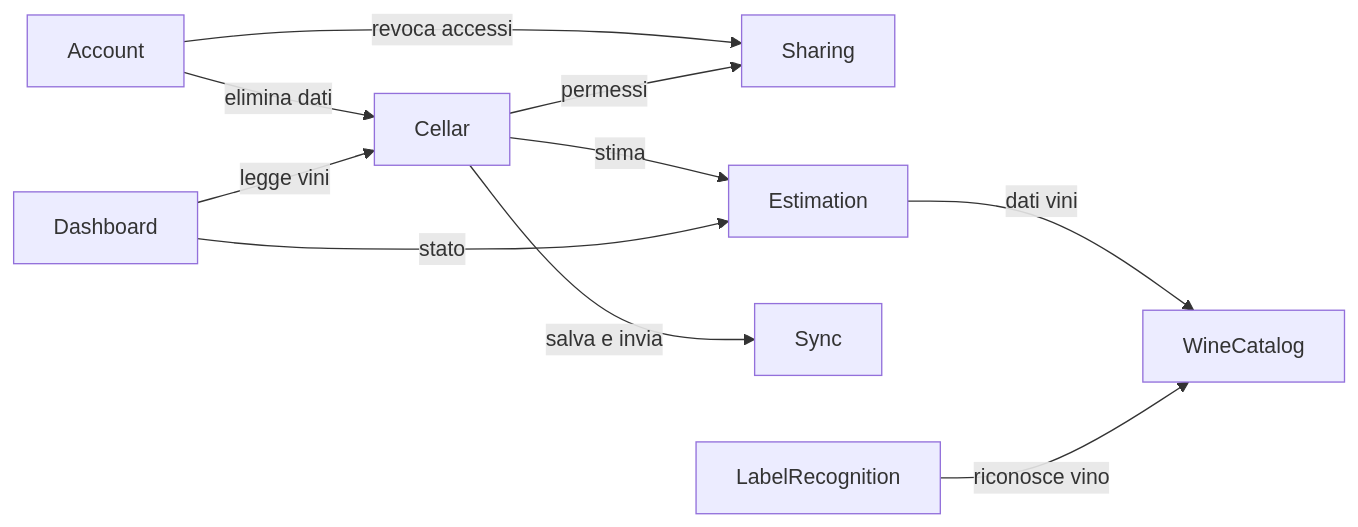
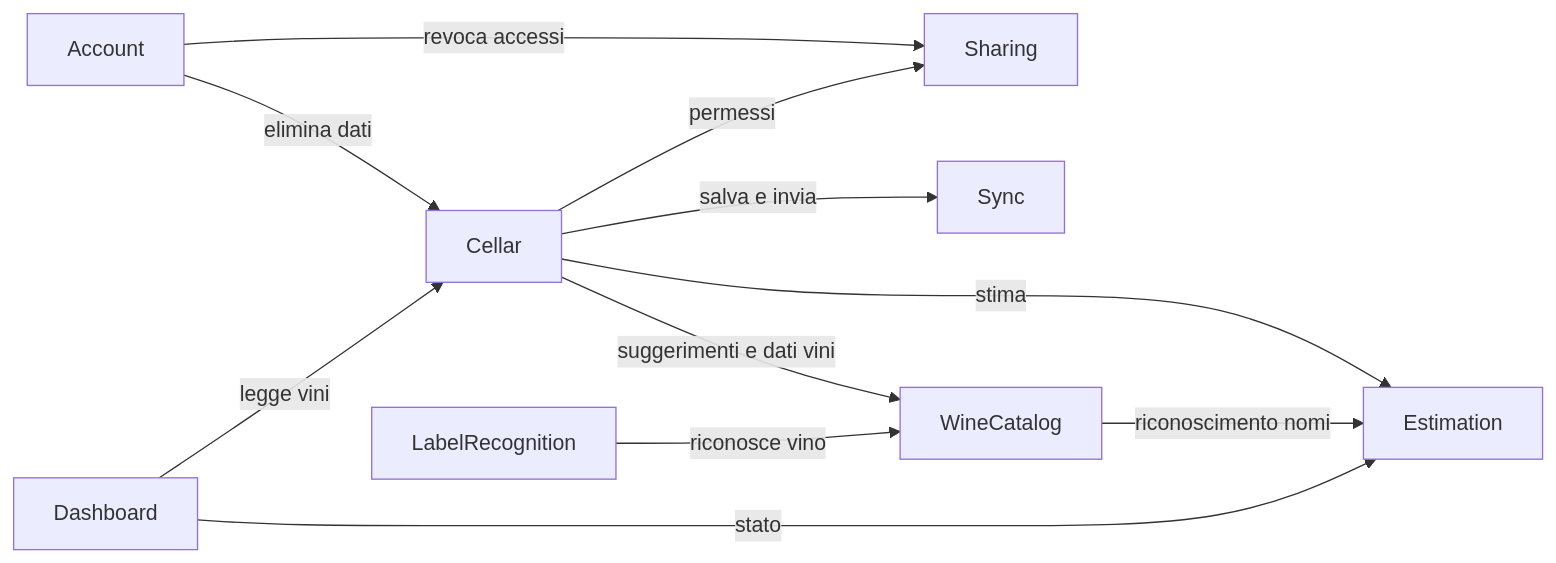
Before and after one commit to brunobottazzini/Vinoozy: the diagram in aidlc/spaces/default/intents/261104-wine-cellar-app/inception/domain-design/components.md, drawn with Mermaid. The commit also changed other lines of this file and 671 other files, not shown here.

````diff
--- a/aidlc/spaces/default/intents/261104-wine-cellar-app/inception/domain-design/components.md
+++ b/aidlc/spaces/default/intents/261104-wine-cellar-app/inception/domain-design/components.md
@@ -256,12 +261,13 @@
 ```mermaid
 graph LR
   Account -->|elimina dati| Cellar
   Account -->|revoca accessi| Sharing
   Cellar -->|stima| Estimation
   Cellar -->|permessi| Sharing
   Cellar -->|salva e invia| Sync
-  Estimation -->|dati vini| WineCatalog
+  Cellar -->|suggerimenti e dati vini| WineCatalog
+  WineCatalog -->|riconoscimento nomi| Estimation
   LabelRecognition -->|riconosce vino| WineCatalog
   Dashboard -->|legge vini| Cellar
   Dashboard -->|stato| Estimation
 ```
````
